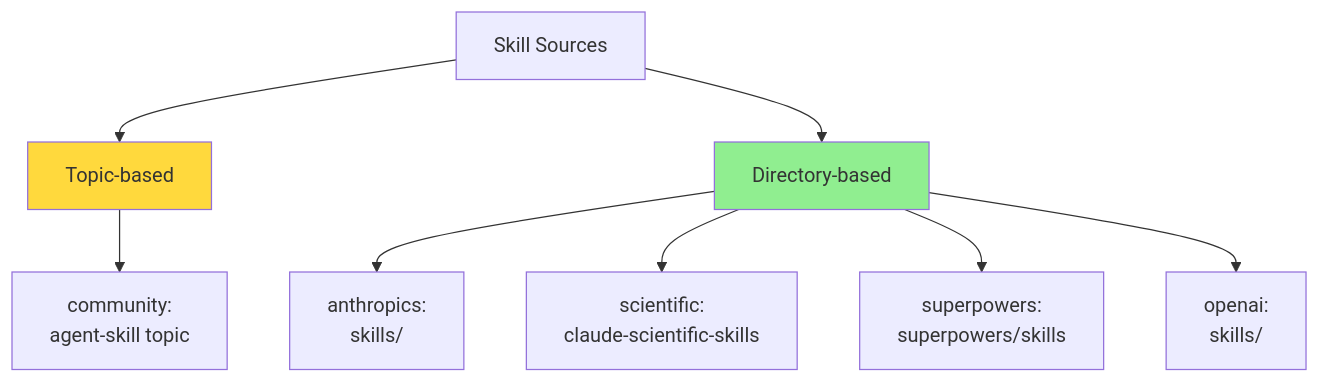
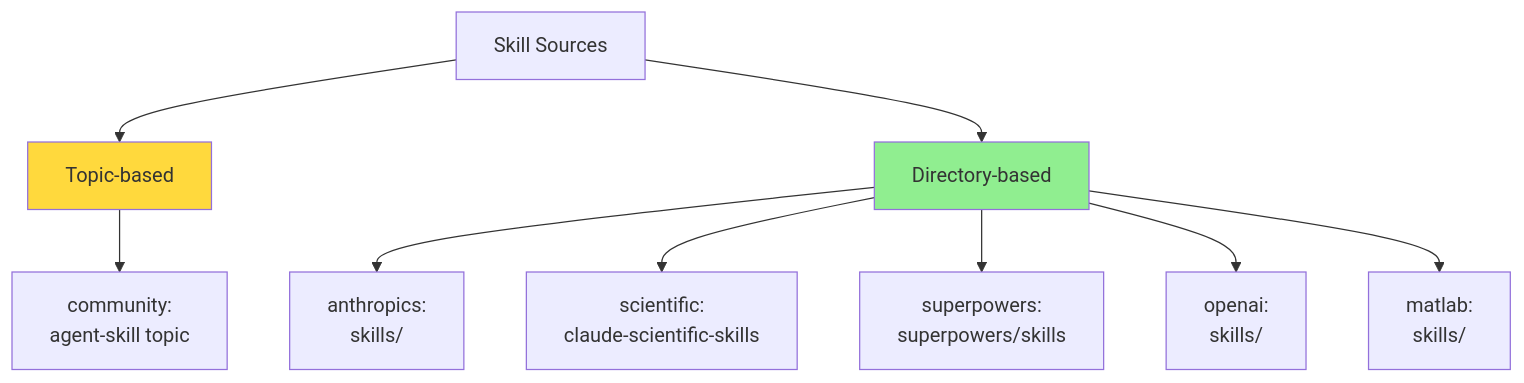
One commit to rzyns/ask changed diagram 11 of 12 in docs/architecture.md. Above: the diagram before and after it, drawn with Mermaid. The commit also changed 7 other files, not shown here.

Commit message:
feat: add matlab official skills to default repositories

````diff
--- a/docs/architecture.md
+++ b/docs/architecture.md
@@ -306,16 +306,17 @@
 ```mermaid
 graph TB
     Sources[Skill Sources]
     Sources --> Topic[Topic-based]
     Sources --> Dir[Directory-based]
     
     Topic --> T1[community:<br/>agent-skill topic]
     
     Dir --> D1[anthropics:<br/>skills/]
     Dir --> D2[scientific:<br/>claude-scientific-skills]
     Dir --> D3[superpowers:<br/>superpowers/skills]
     Dir --> D4[openai:<br/>skills/]
+    Dir --> D5[matlab:<br/>skills/]
     
     style Topic fill:#ffd93d
     style Dir fill:#90ee90
 ```
````
